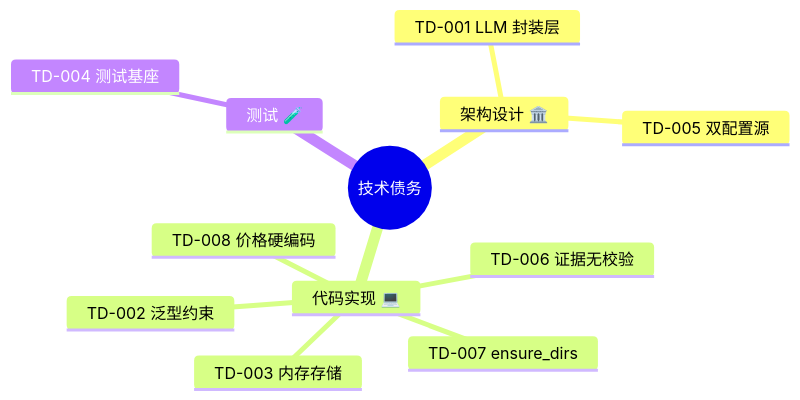
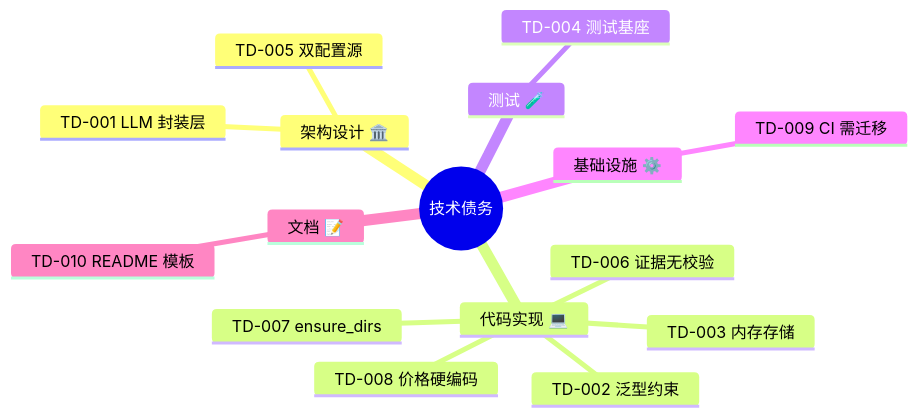
One commit to NoahLightryyy/litchi-head changed the second of 3 diagrams in docs/技术债务与架构决策/技术债务日志.md. Above: the diagram before and after it, drawn with Mermaid. The commit also changed other lines of this file and 6 other files, not shown here.

````diff
--- a/docs/技术债务与架构决策/技术债务日志.md
+++ b/docs/技术债务与架构决策/技术债务日志.md
@@ -482,15 +597,19 @@
 ```mermaid
 mindmap
   root((技术债务))
     架构设计 🏛️
       TD-001 LLM 封装层
       TD-005 双配置源
     代码实现 💻
       TD-002 泛型约束
       TD-003 内存存储
       TD-006 证据无校验
       TD-007 ensure_dirs
       TD-008 价格硬编码
     测试 🧪
       TD-004 测试基座
+    基础设施 ⚙️
+      TD-009 CI 需迁移
+    文档 📝
+      TD-010 README 模板
 ```
````
